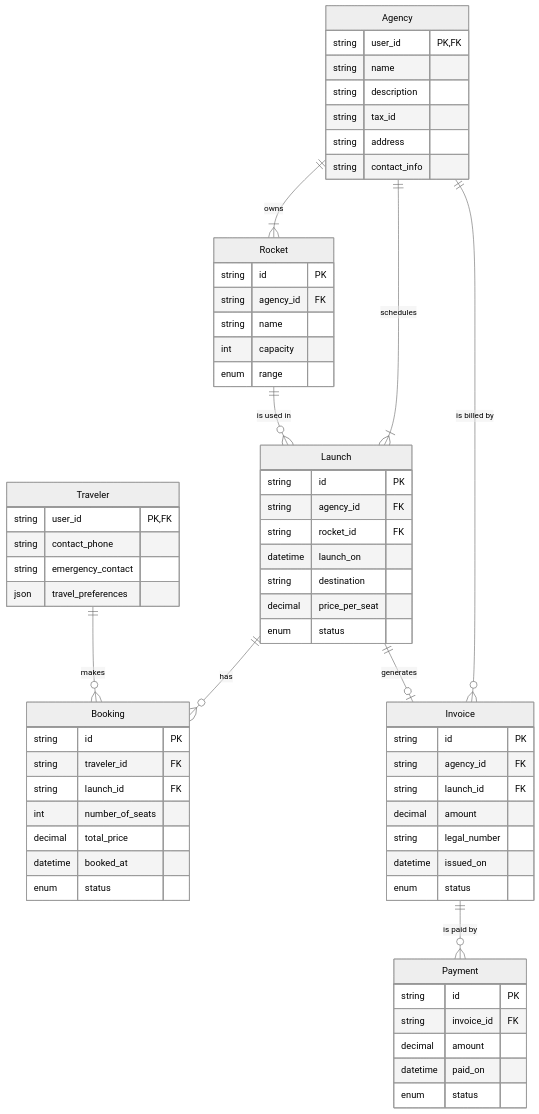
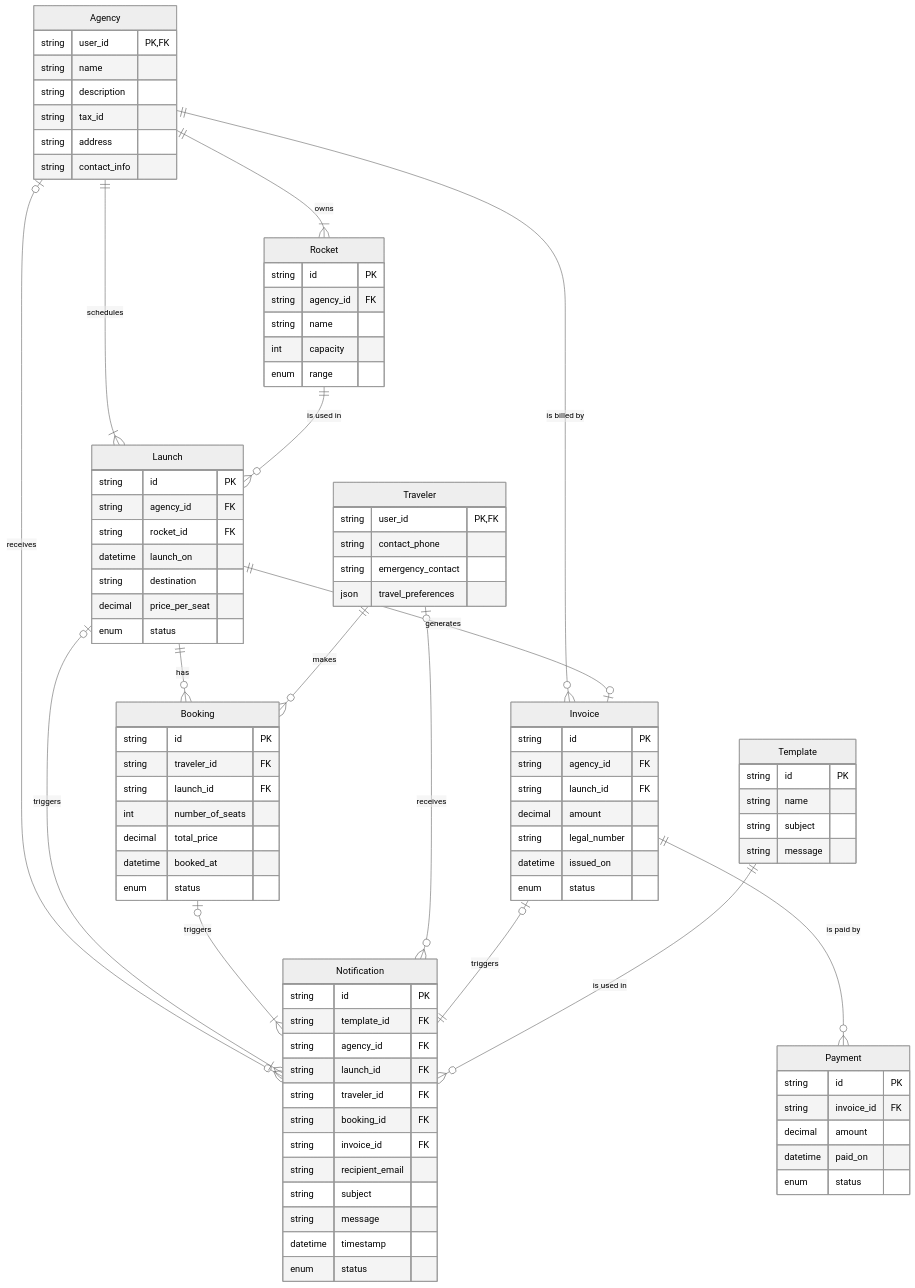
Before and after one commit to AstroBookings/.github: the diagram in profile/3-implementation/5_1-operations.schema.md, drawn with Mermaid (neutral theme). The commit also changed other lines of this file and 4 other files, not shown here.

Commit message:
feat: operations schema and ddl

````diff
--- a/profile/3-implementation/5_1-operations.schema.md
+++ b/profile/3-implementation/5_1-operations.schema.md
@@ -69,12 +69,41 @@
         enum status
     }
 
+    Notification {
+        string id PK
+        string template_id FK
+        string agency_id FK
+        string launch_id FK
+        string traveler_id FK
+        string booking_id FK
+        string invoice_id FK
+        string recipient_email
+        string subject
+        string message
+        datetime timestamp
+        enum status
+    }
+
+    Template {
+        string id PK
+        string name
+        string subject
+        string message
+    }
+
     Agency ||--|{ Rocket : owns
     Agency ||--|{ Launch : schedules
     Agency ||--o{ Invoice : "is billed by"
+    Agency o|--o{ Notification : receives
     Rocket ||--o{ Launch : "is used in"
     Launch ||--o{ Booking : has
     Launch ||--o| Invoice : generates
+    Launch o|--|{ Notification : triggers
+    Booking o|--|{ Notification : triggers
     Traveler ||--o{ Booking : makes
+    Traveler o|--o{ Notification : receives
     Invoice ||--o{ Payment : "is paid by"
+    Invoice o|--|| Notification : triggers
+    Template ||--o{ Notification : "is used in"
+
 ```
````
